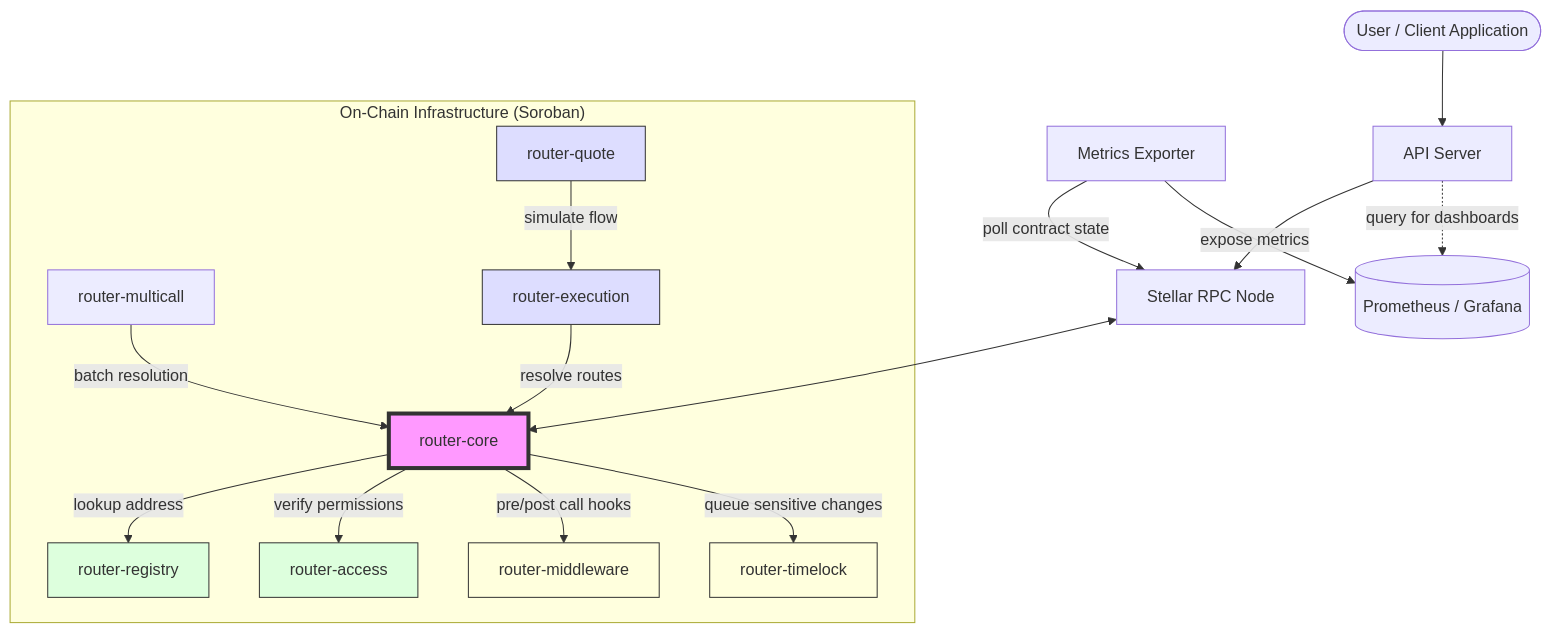
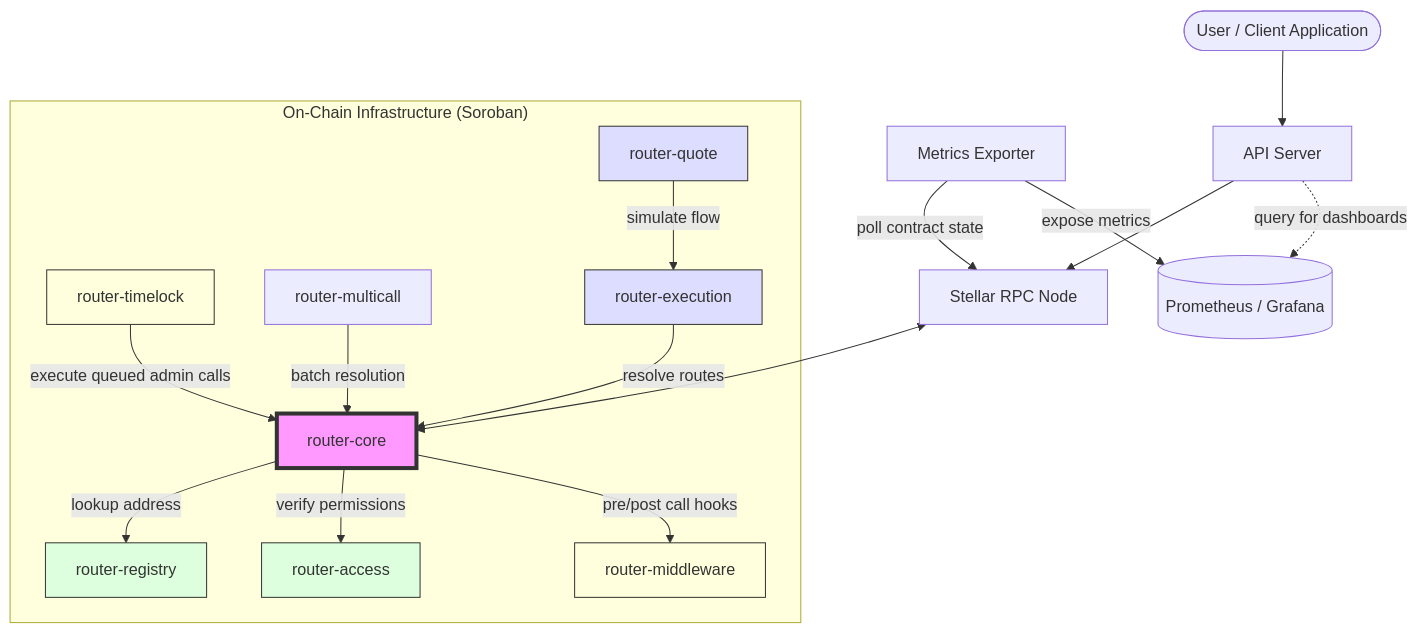
The first of 2 diagrams in README.md (Maki-Zeninn/stellar-router), drawn with Mermaid before and after one commit. The commit also changed other lines of this file and 4 other files, not shown here.

````diff
--- a/README.md
+++ b/README.md
@@ -12,53 +12,53 @@
 ```mermaid
 graph TD
     %% User/External Interaction
     User([User / Client Application])
     API[API Server]
     Metrics[Metrics Exporter]
 
     %% Core Components
     subgraph "On-Chain Infrastructure (Soroban)"
         Core[router-core]
         Registry[router-registry]
         Access[router-access]
         Middleware[router-middleware]
         Timelock[router-timelock]
         Multicall[router-multicall]
         Execution[router-execution]
         Quote[router-quote]
     end
 
     %% External Systems
     RPC[Stellar RPC Node]
     Prometheus[(Prometheus / Grafana)]
 
     %% Connections
     User --> API
     API --> RPC
     RPC <--> Core
     
     %% Internal Dependency/Flow
     Core -->|lookup address| Registry
     Core -->|verify permissions| Access
     Core -->|pre/post call hooks| Middleware
-    Core -->|queue sensitive changes| Timelock
+    Timelock -->|execute queued admin calls| Core
     
     Execution -->|resolve routes| Core
     Quote -->|simulate flow| Execution
     
     Multicall -->|batch resolution| Core
     
     %% Monitoring Flow
     Metrics -->|poll contract state| RPC
     Metrics -->|expose metrics| Prometheus
     API -.->|query for dashboards| Prometheus
     
     %% Styling
     style Core fill:#f9f,stroke:#333,stroke-width:4px
     style Registry fill:#dfd,stroke:#333
     style Access fill:#dfd,stroke:#333
     style Middleware fill:#ffd,stroke:#333
     style Timelock fill:#ffd,stroke:#333
     style Execution fill:#ddf,stroke:#333
     style Quote fill:#ddf,stroke:#333
 ```
````
